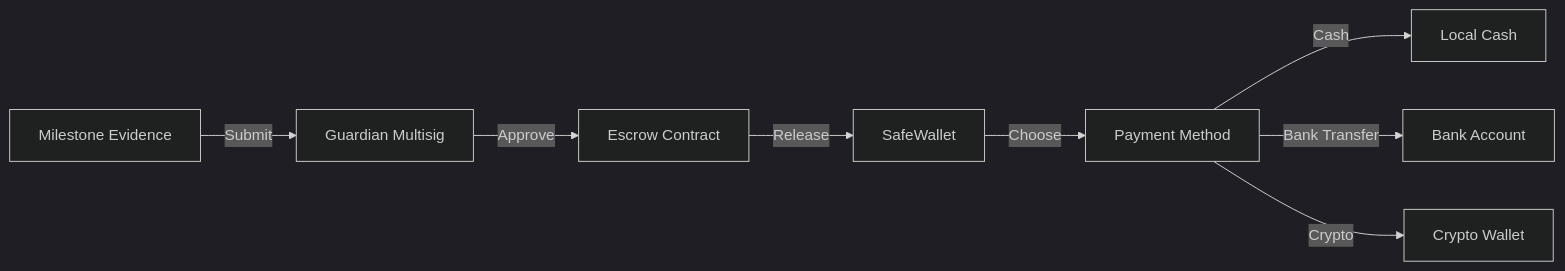
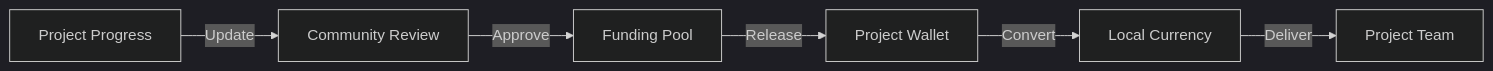
One commit to tapilew/equilibrio-alpha changed the fourth of 7 diagrams in README.md. Above: the diagram before and after it, drawn with Mermaid (dark theme). The commit also changed other lines of this file, not shown here.

````diff
--- a/README.md
+++ b/README.md
@@ -139,10 +193,8 @@
    ```mermaid
    graph LR
-       A[Escrow Contract] -->|Release| B[SafeWallet]
-       C[Milestone Evidence] -->|Submit| D[Guardian Multisig]
+       A[Funding Pool] -->|Release| B[Project Wallet]
+       C[Project Progress] -->|Update| D[Community Review]
        D -->|Approve| A
-       B -->|Choose| E[Payment Method]
-       E -->|Cash| F[Local Cash]
-       E -->|Bank Transfer| G[Bank Account]
-       E -->|Crypto| H[Crypto Wallet]
+       B -->|Convert| E[Local Currency]
+       E -->|Deliver| F[Project Team]
    ```
````
